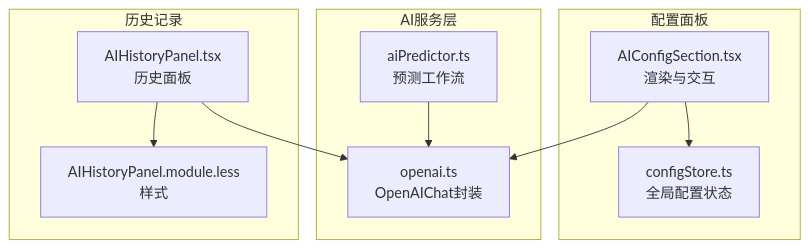
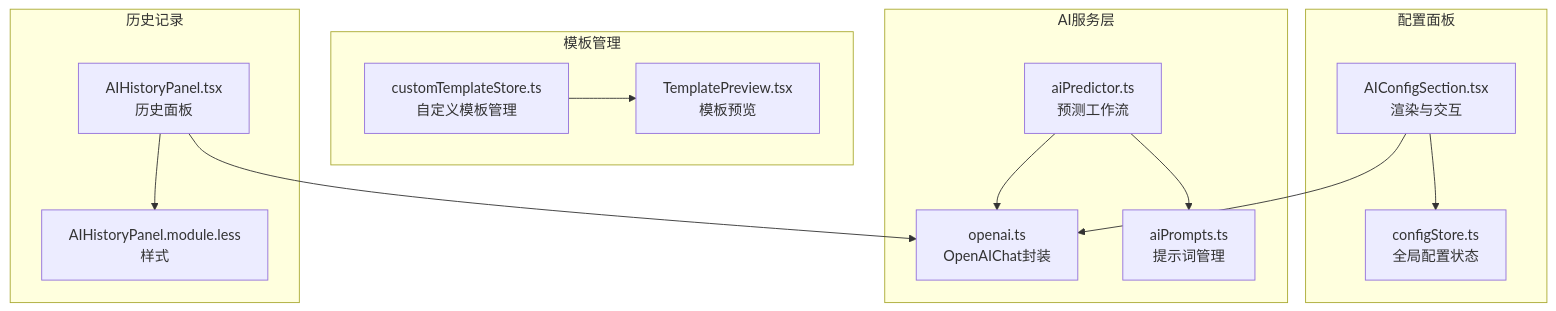
Before and after one commit to kqcoxn/MaaPipelineEditor: the first of 7 diagrams in .qoder/repowiki/zh/content/用户界面/面板系统/配置面板/AI配置区域.md, drawn with Mermaid. The commit also changed other lines of this file and 19 other files, not shown here.

````diff
--- a/.qoder/repowiki/zh/content/用户界面/面板系统/配置面板/AI配置区域.md
+++ b/.qoder/repowiki/zh/content/用户界面/面板系统/配置面板/AI配置区域.md
@@ -39,20 +52,27 @@
 ```mermaid
 graph TB
 subgraph "配置面板"
 AICFG["AIConfigSection.tsx<br/>渲染与交互"]
 CFGSTORE["configStore.ts<br/>全局配置状态"]
 end
 subgraph "AI服务层"
 OPENAI["openai.ts<br/>OpenAIChat封装"]
 PREDICT["aiPredictor.ts<br/>预测工作流"]
+PROMPTS["aiPrompts.ts<br/>提示词管理"]
+end
+subgraph "模板管理"
+TEMPLATES["customTemplateStore.ts<br/>自定义模板管理"]
+PREVIEW["TemplatePreview.tsx<br/>模板预览"]
 end
 subgraph "历史记录"
 HISUI["AIHistoryPanel.tsx<br/>历史面板"]
 HISSTYLE["AIHistoryPanel.module.less<br/>样式"]
 end
 AICFG --> CFGSTORE
 AICFG --> OPENAI
 PREDICT --> OPENAI
+PREDICT --> PROMPTS
+TEMPLATES --> PREVIEW
 HISUI --> OPENAI
 HISUI --> HISSTYLE
 ```
````
